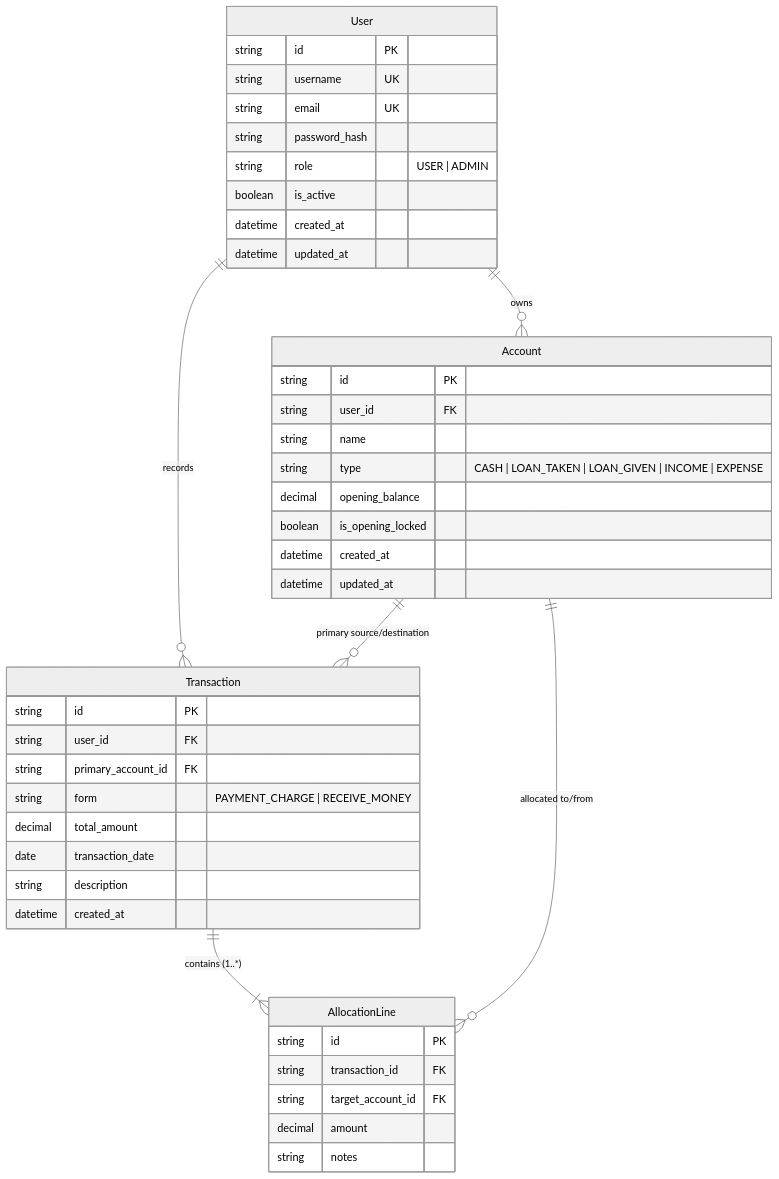
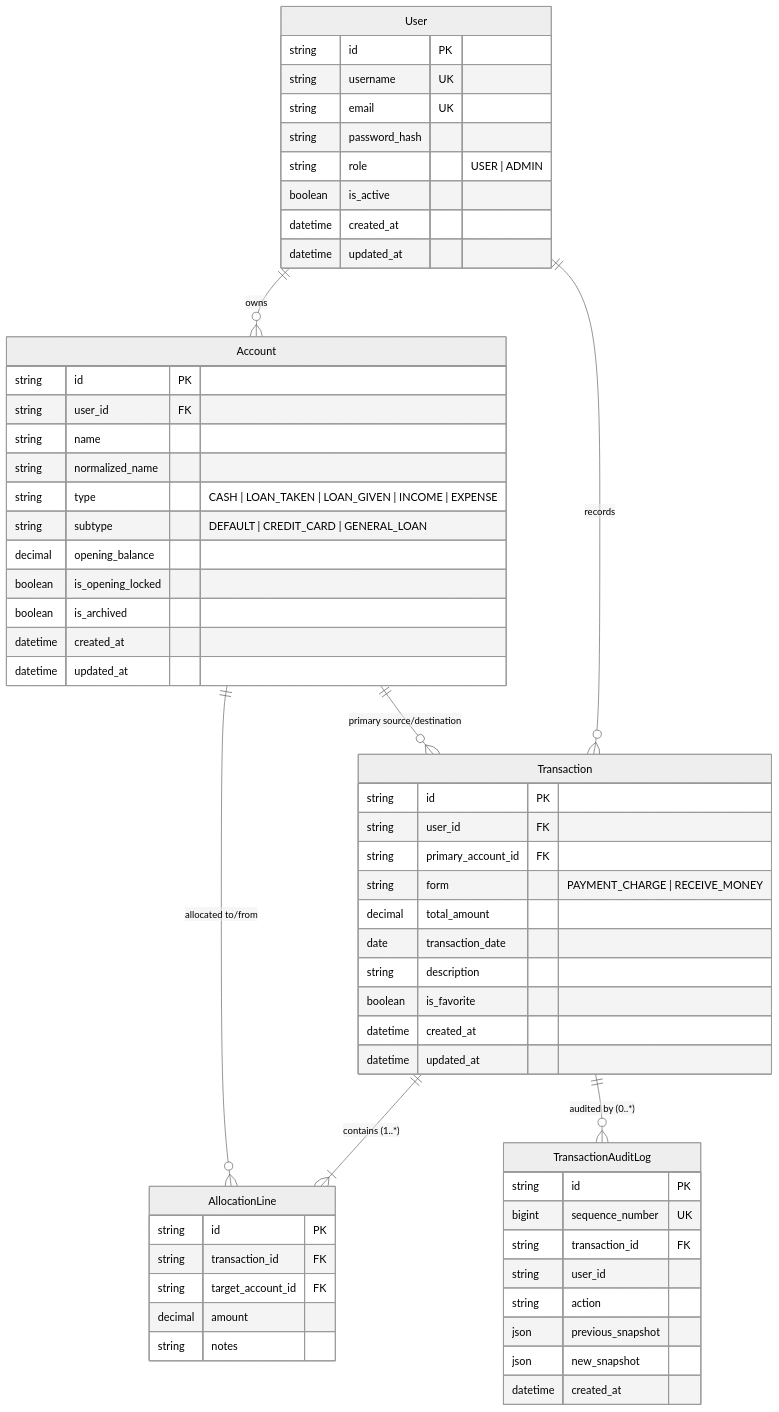
Before and after one commit to Pilaiwan3492/Whatsss-PMandELS: the second of 4 diagrams in docs/system-sds.md, drawn with Mermaid (neutral theme). The commit also changed other lines of this file and 5 other files, not shown here.

Commit message:
docs(release): resolve remaining PR #68 traceability, schema, count, and PDF issues (#60)

````diff
--- a/docs/system-sds.md
+++ b/docs/system-sds.md
@@ -86,49 +86,66 @@
 ```mermaid
 erDiagram
     User ||--o{ Account : "owns"
     User ||--o{ Transaction : "records"
     Account ||--o{ Transaction : "primary source/destination"
     Transaction ||--|{ AllocationLine : "contains (1..*)"
     Account ||--o{ AllocationLine : "allocated to/from"
+    Transaction ||--o{ TransactionAuditLog : "audited by (0..*)"
 
     User {
         string id PK
         string username UK
         string email UK
         string password_hash
         string role "USER | ADMIN"
         boolean is_active
         datetime created_at
         datetime updated_at
     }
 
     Account {
         string id PK
         string user_id FK
         string name
+        string normalized_name
         string type "CASH | LOAN_TAKEN | LOAN_GIVEN | INCOME | EXPENSE"
+        string subtype "DEFAULT | CREDIT_CARD | GENERAL_LOAN"
         decimal opening_balance
         boolean is_opening_locked
+        boolean is_archived
         datetime created_at
         datetime updated_at
     }
 
     Transaction {
         string id PK
         string user_id FK
         string primary_account_id FK
         string form "PAYMENT_CHARGE | RECEIVE_MONEY"
         decimal total_amount
         date transaction_date
         string description
+        boolean is_favorite
         datetime created_at
+        datetime updated_at
     }
 
     AllocationLine {
         string id PK
         string transaction_id FK
         string target_account_id FK
         decimal amount
         string notes
     }
+
+    TransactionAuditLog {
+        string id PK
+        bigint sequence_number UK
+        string transaction_id FK
+        string user_id
+        string action
+        json previous_snapshot
+        json new_snapshot
+        datetime created_at
+    }
 ```
````
